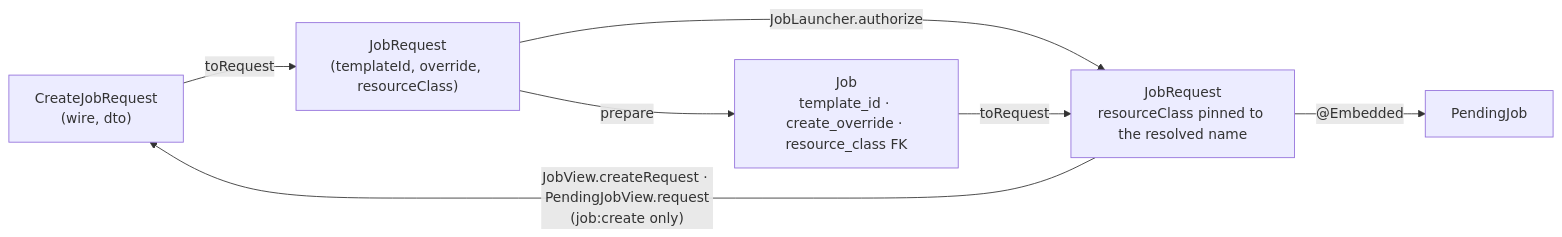
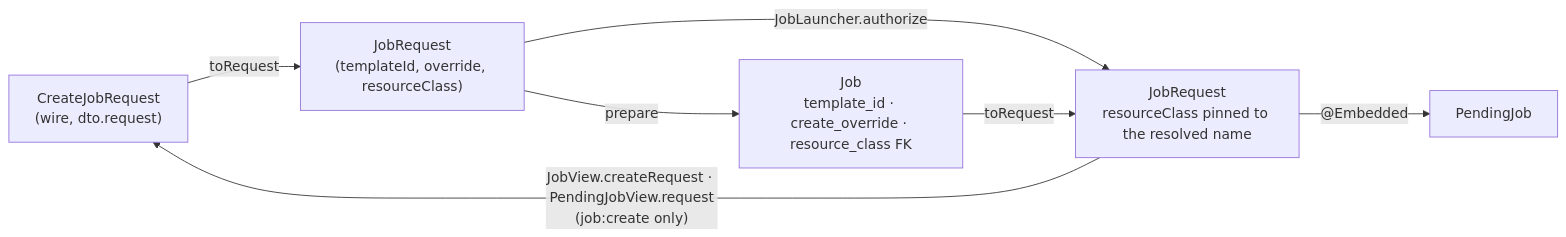
One commit to iceBear67/prts-central changed the second of 9 diagrams in agent-docs/job-lifecycle.md. Above: the diagram before and after it, drawn with Mermaid. The commit also changed other lines of this file and 29 other files, not shown here.

````diff
--- a/agent-docs/job-lifecycle.md
+++ b/agent-docs/job-lifecycle.md
@@ -66,9 +69,9 @@
 ```mermaid
 flowchart LR
-    CJR["CreateJobRequest<br/>(wire, dto)"] -->|toRequest| JRq["JobRequest<br/>(templateId, override, resourceClass)"]
+    CJR["CreateJobRequest<br/>(wire, dto.request)"] -->|toRequest| JRq["JobRequest<br/>(templateId, override, resourceClass)"]
     JRq -->|JobLauncher.authorize| PIN["JobRequest<br/>resourceClass pinned to the resolved name"]
     PIN -->|"@Embedded"| PJ[PendingJob]
     JRq -->|prepare| JOB["Job<br/>template_id · create_override · resource_class FK"]
     JOB -->|toRequest| PIN
     PIN -->|"JobView.createRequest · PendingJobView.request<br/>(job:create only)"| CJR
 ```
````
